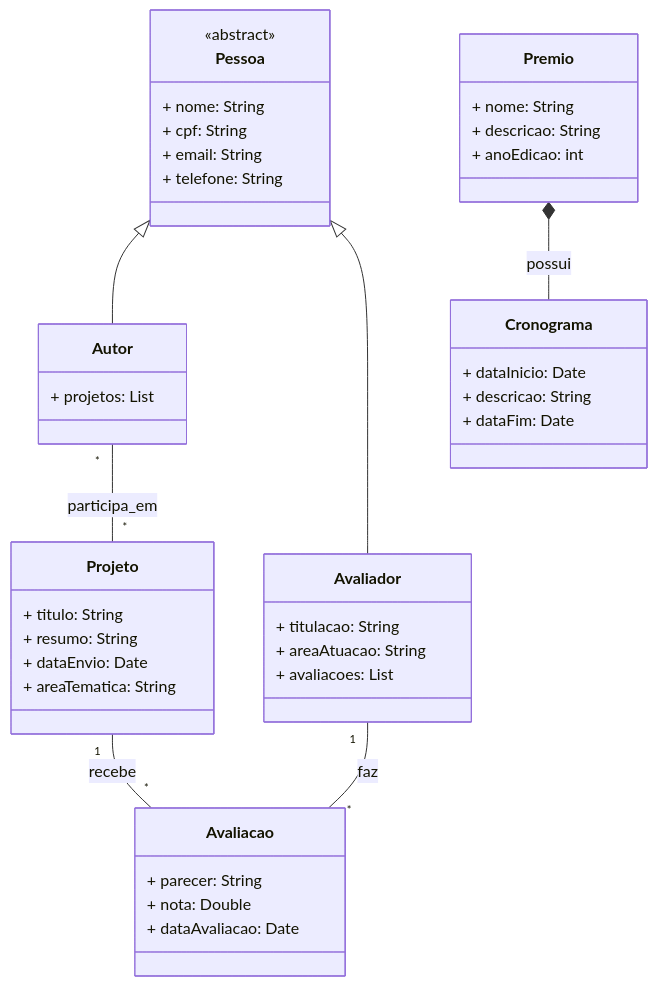
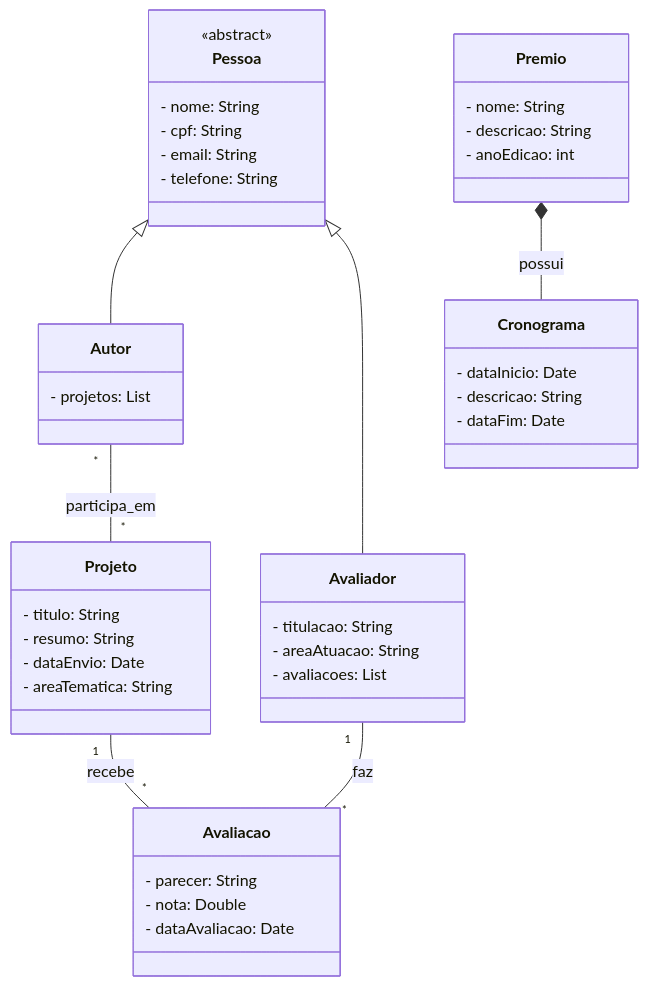
One commit to raunerlucas/app-gestao-projetos changed the diagram in README.md. Above: the diagram before and after it, drawn with Mermaid.

Commit message:
Update README.md
Alterando atributos para privados.

````diff
--- a/README.md
+++ b/README.md
@@ -5,60 +5,60 @@
 ```mermaid
 classDiagram
     %% Classe abstrata Pessoa
     class Pessoa {
       <<abstract>>
-      + nome: String
-      + cpf: String
-      + email: String
-      + telefone: String
+      - nome: String
+      - cpf: String
+      - email: String
+      - telefone: String
     }
 
     %% Classes que estendem Pessoa
     class Autor {
-      + projetos: List<Projeto>
+      - projetos: List<Projeto>
     }
     class Avaliador {
-      + titulacao: String
-      + areaAtuacao: String
-      + avaliacoes: List<Avaliacao>
+      - titulacao: String
+      - areaAtuacao: String
+      - avaliacoes: List<Avaliacao>
     }
 
     Pessoa <|-- Autor
     Pessoa <|-- Avaliador
 
     %% Classe Premio e composição com Cronograma
     class Premio {
-      + nome: String
-      + descricao: String
-      + anoEdicao: int
+      - nome: String
+      - descricao: String
+      - anoEdicao: int
     }
     class Cronograma {
-      + dataInicio: Date
-      + descricao: String
-      + dataFim: Date
+      - dataInicio: Date
+      - descricao: String
+      - dataFim: Date
     }
 
     Premio *-- Cronograma : possui
 
     %% Classe Projeto
     class Projeto {
-      + titulo: String
-      + resumo: String
-      + dataEnvio: Date
-      + areaTematica: String
+      - titulo: String
+      - resumo: String
+      - dataEnvio: Date
+      - areaTematica: String
     }
 
     %% Associação muitos-para-muitos entre Autor e Projeto
     Autor "*" -- "*" Projeto : participa_em
 
     %% Classe Avaliacao e relacionamentos
     class Avaliacao {
-      + parecer: String
-      + nota: Double
-      + dataAvaliacao: Date
+      - parecer: String
+      - nota: Double
+      - dataAvaliacao: Date
     }
 
     Projeto "1" -- "*" Avaliacao : recebe
     Avaliador "1" -- "*" Avaliacao : faz
 
 ```
````
